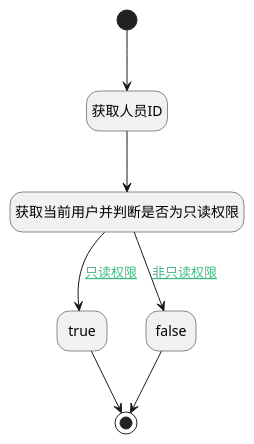
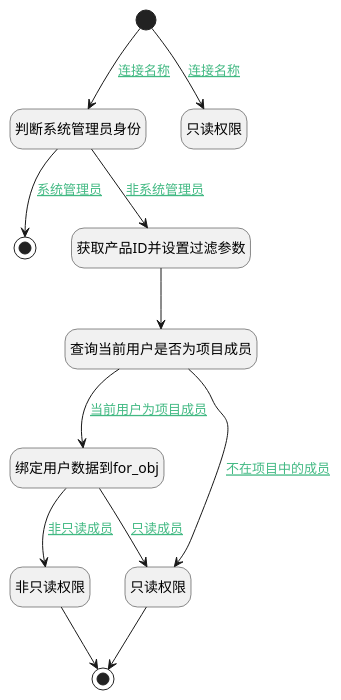
Before and after one commit to iBizLab/plm: the diagram in doc/docsify/module/ProjMgmt/work_item/logic/get_project_member.md, drawn with PlantUML. The commit also changed other lines of this file and 2688 other files, not shown here.

````diff
--- a/doc/docsify/module/ProjMgmt/work_item/logic/get_project_member.md
+++ b/doc/docsify/module/ProjMgmt/work_item/logic/get_project_member.md
@@ -7,28 +7,37 @@
 ```plantuml
 @startuml
 hide empty description
 <style>
 root {
   HyperlinkColor #42b983
 }
 </style>
 
 hide empty description
 state "开始" as Begin <<start>> [[$./get_project_member#begin {"开始"}]]
-state "获取人员ID" as PREPAREPARAM2  [[$./get_project_member#prepareparam2 {"获取人员ID"}]]
-state "获取当前用户并判断是否为只读权限" as RAWSQLCALL1  [[$./get_project_member#rawsqlcall1 {"获取当前用户并判断是否为只读权限"}]]
-state "true" as PREPAREPARAM5  [[$./get_project_member#prepareparam5 {"true"}]]
-state "false" as PREPAREPARAM6  [[$./get_project_member#prepareparam6 {"false"}]]
+state "判断系统管理员身份" as RAWSFCODE3  [[$./get_project_member#rawsfcode3 {"判断系统管理员身份"}]]
 state "结束" as END2 <<end>> [[$./get_project_member#end2 {"结束"}]]
+state "获取产品ID并设置过滤参数" as PREPAREPARAM2  [[$./get_project_member#prepareparam2 {"获取产品ID并设置过滤参数"}]]
+state "查询当前用户是否为项目成员" as DEDATASET3  [[$./get_project_member#dedataset3 {"查询当前用户是否为项目成员"}]]
+state "绑定用户数据到for_obj" as PREPAREPARAM5  [[$./get_project_member#prepareparam5 {"绑定用户数据到for_obj"}]]
+state "只读权限" as RAWSFCODE1  [[$./get_project_member#rawsfcode1 {"只读权限"}]]
+state "非只读权限" as RAWSFCODE2  [[$./get_project_member#rawsfcode2 {"非只读权限"}]]
+state "结束" as END6 <<end>> [[$./get_project_member#end6 {"结束"}]]
+state "只读权限" as RAWSFCODE4  [[$./get_project_member#rawsfcode4 {"只读权限"}]]
 
 
-Begin --> PREPAREPARAM2
-PREPAREPARAM2 --> RAWSQLCALL1
-RAWSQLCALL1 --> PREPAREPARAM5 : [[$./get_project_member#rawsqlcall1-prepareparam5{只读权限} 只读权限]]
-PREPAREPARAM5 --> END2
-RAWSQLCALL1 --> PREPAREPARAM6 : [[$./get_project_member#rawsqlcall1-prepareparam6{非只读权限} 非只读权限]]
-PREPAREPARAM6 --> END2
+Begin --> RAWSFCODE3 : [[$./get_project_member#begin-rawsfcode3{连接名称} 连接名称]]
+RAWSFCODE3 --> PREPAREPARAM2 : [[$./get_project_member#rawsfcode3-prepareparam2{非系统管理员} 非系统管理员]]
+PREPAREPARAM2 --> DEDATASET3
+DEDATASET3 --> RAWSFCODE1 : [[$./get_project_member#dedataset3-rawsfcode1{不在项目中的成员} 不在项目中的成员]]
+RAWSFCODE1 --> END6
+DEDATASET3 --> PREPAREPARAM5 : [[$./get_project_member#dedataset3-prepareparam5{当前用户为项目成员} 当前用户为项目成员]]
+PREPAREPARAM5 --> RAWSFCODE2 : [[$./get_project_member#prepareparam5-rawsfcode2{非只读成员} 非只读成员]]
+RAWSFCODE2 --> END6
+PREPAREPARAM5 --> RAWSFCODE1 : [[$./get_project_member#prepareparam5-rawsfcode1{只读成员} 只读成员]]
+RAWSFCODE3 --> END2 : [[$./get_project_member#rawsfcode3-end2{系统管理员} 系统管理员]]
+Begin --> RAWSFCODE4 : [[$./get_project_member#begin-rawsfcode4{连接名称} 连接名称]]
 
 
 @enduml
 ```
````
